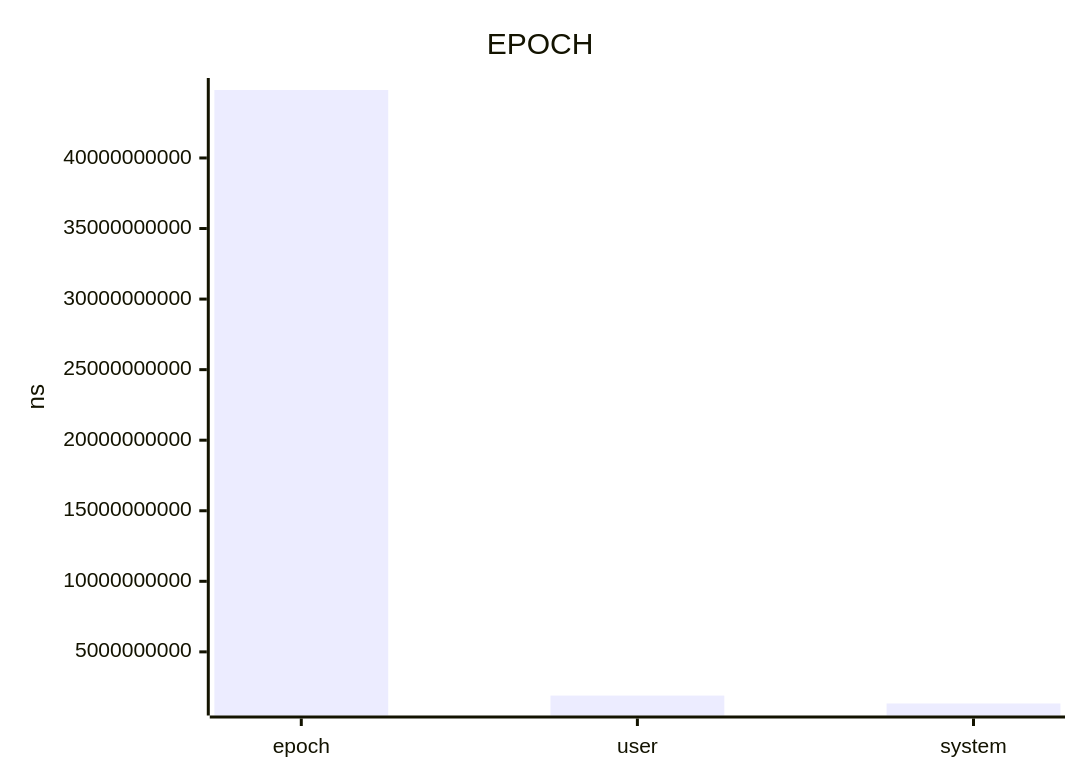
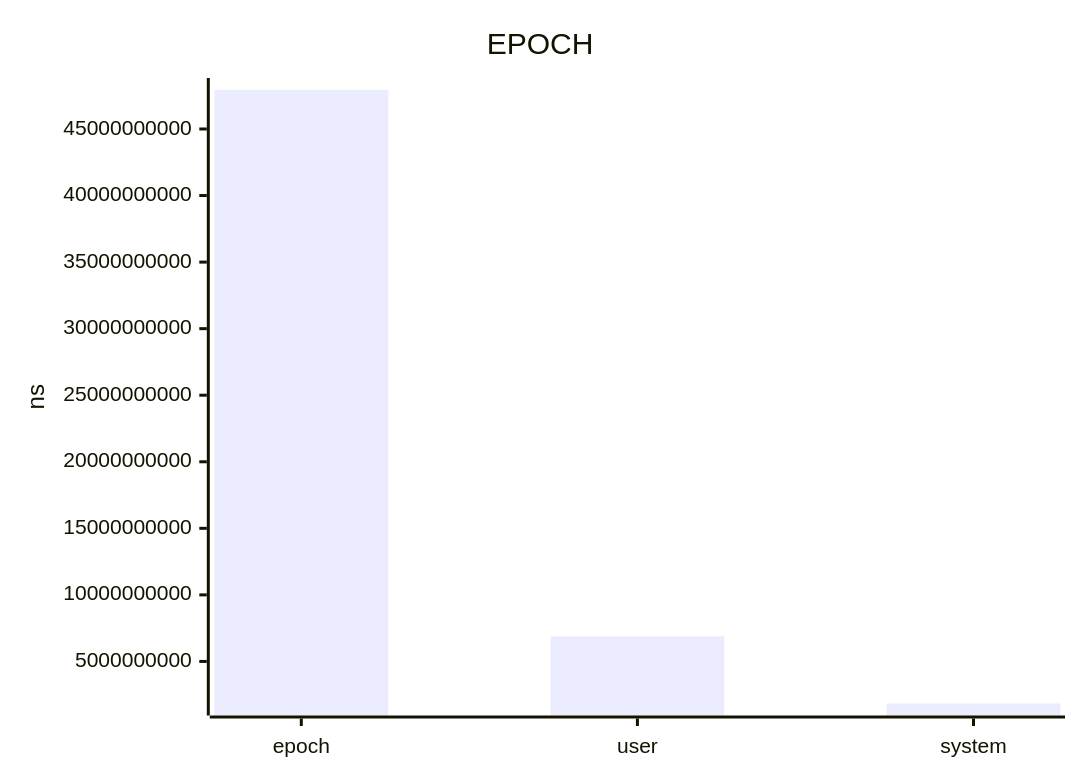
One commit to jrengmusic/whatdbg changed the diagram in benchmark/smoke-report.md. Above: the diagram before and after it, drawn with Mermaid. The commit also changed other lines of this file and 29 other files, not shown here.

````diff
--- a/benchmark/smoke-report.md
+++ b/benchmark/smoke-report.md
@@ -24,7 +24,7 @@
 ```mermaid
 xychart-beta
 title "EPOCH"
 x-axis ["epoch", "user", "system"]
 y-axis "ns"
-bar [44817117041.66667175292968750, 1903499000.00000000000000000, 1340758000.00000000000000000]
+bar [47928648083.33333587646484375, 6883662000.00000000000000000, 1840118000.00000000000000000]
 ```
````
